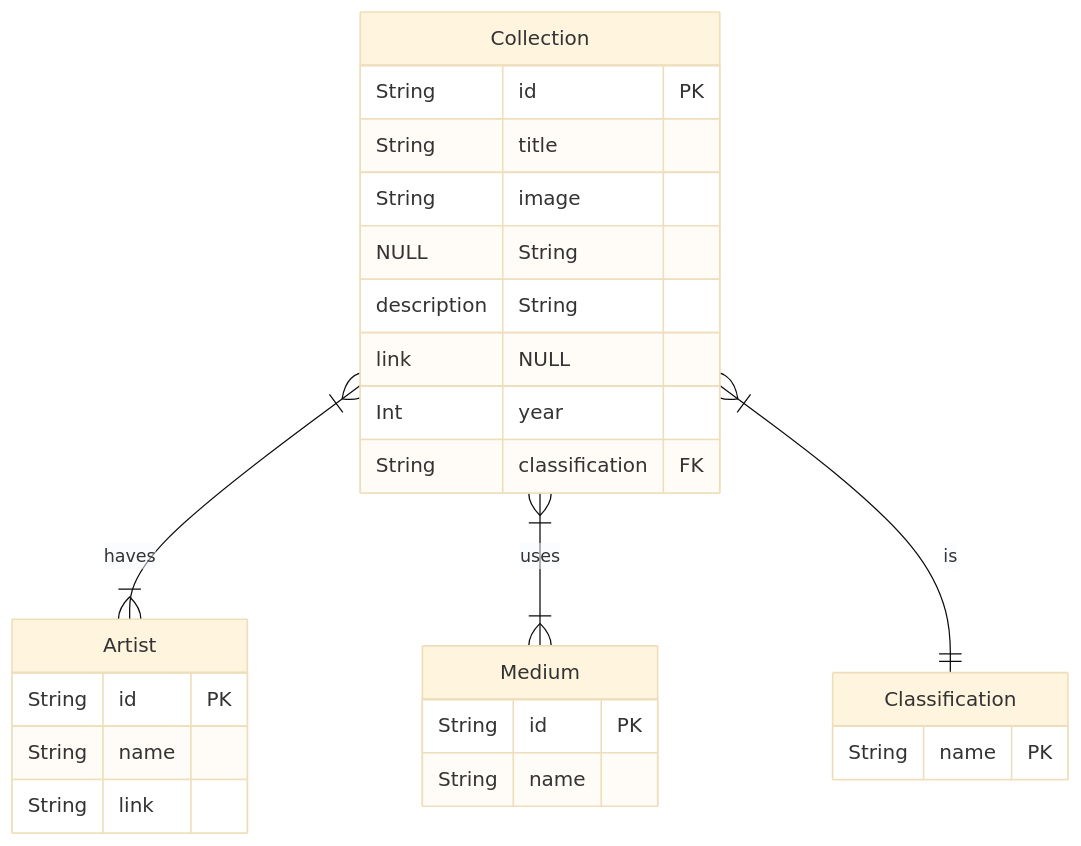
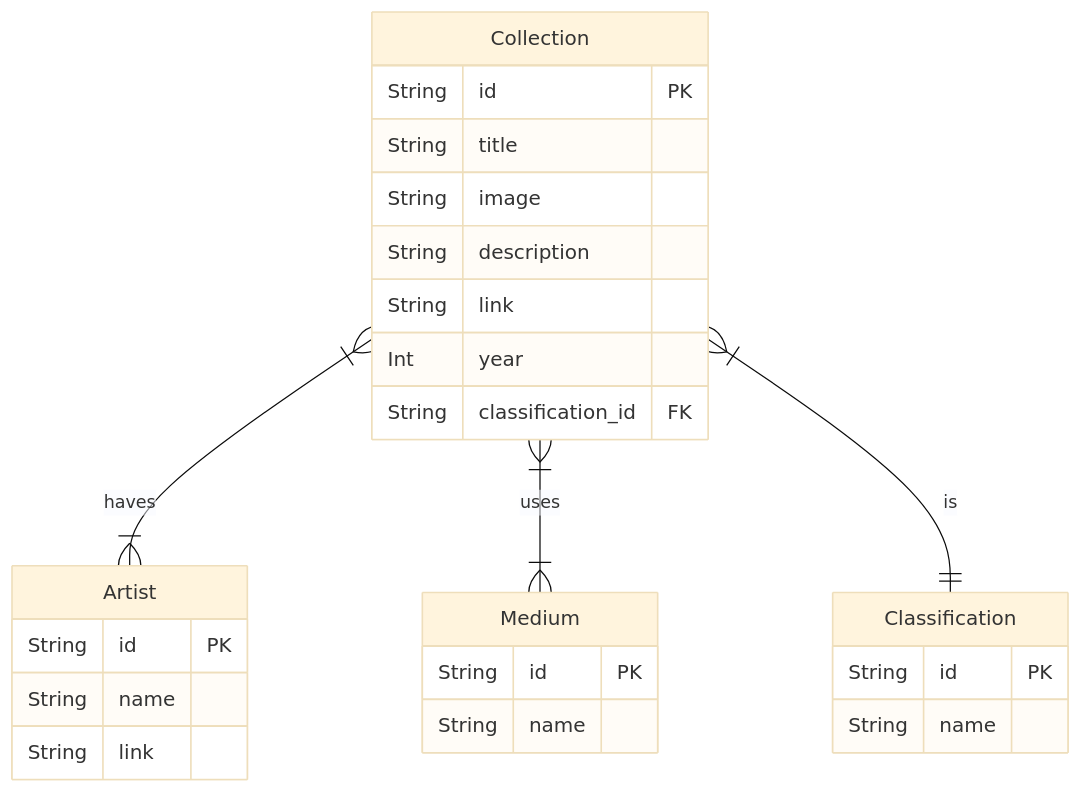
One commit to abdmmar/galnas changed the diagram in README.md. Above: the diagram before and after it, drawn with Mermaid (base theme).

Commit message:
docs: update ER diagram

````diff
--- a/README.md
+++ b/README.md
@@ -44,31 +44,32 @@
 ```mermaid
 erDiagram
     Collection {
       String id PK
       String title
-      String image NULL
+      String image
       String description
-      String link NULL
+      String link
       Int year
-      String classification FK
+      String classification_id FK
     }
 
     Classification {
-      String name PK
+      String id PK
+      String name
     }
 
     Medium {
       String id PK
       String name
     }
 
     Artist {
       String id PK
       String name
       String link
     }
 
     Collection }|--|{ Artist : haves
     Collection }|--|{ Medium : uses
     Collection }|--|| Classification : is
 ```
````
